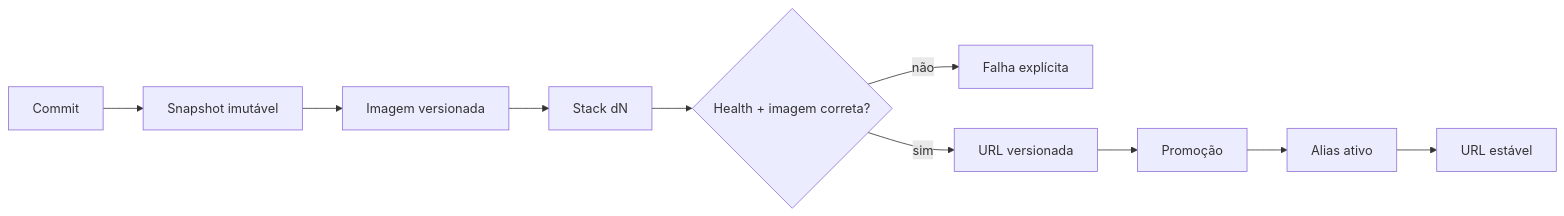
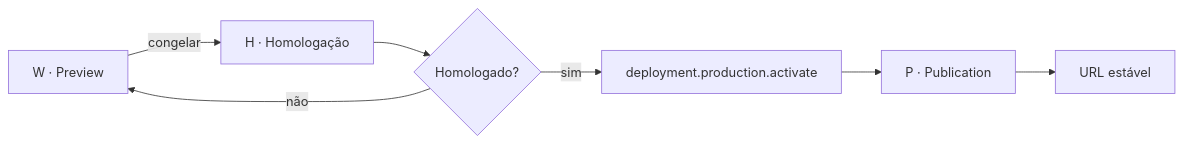
Before and after one commit to debianlima/cloudiff: the fourth of 5 diagrams in docs/manual-tecnico/12-ARQUITETURA-OPERACIONAL-ATUAL.md, drawn with Mermaid. The commit also changed other lines of this file and 53 other files, not shown here.

Commit message:
Document W H P publication flow across repository

````diff
--- a/docs/manual-tecnico/12-ARQUITETURA-OPERACIONAL-ATUAL.md
+++ b/docs/manual-tecnico/12-ARQUITETURA-OPERACIONAL-ATUAL.md
@@ -105,12 +109,9 @@
 ```mermaid
 flowchart LR
-  C[Commit] --> S[Snapshot imutável]
-  S --> I[Imagem versionada]
-  I --> D[Stack dN]
-  D --> H{Health + imagem correta?}
-  H -- não --> F[Falha explícita]
-  H -- sim --> V[URL versionada]
-  V --> P[Promoção]
-  P --> A[Alias ativo]
-  A --> E[URL estável]
+  W[W · Preview] -->|congelar| H[H · Homologação]
+  H --> D{Homologado?}
+  D -- não --> W
+  D -- sim --> A[deployment.production.activate]
+  A --> P[P · Publication]
+  P --> E[URL estável]
 ```
````
